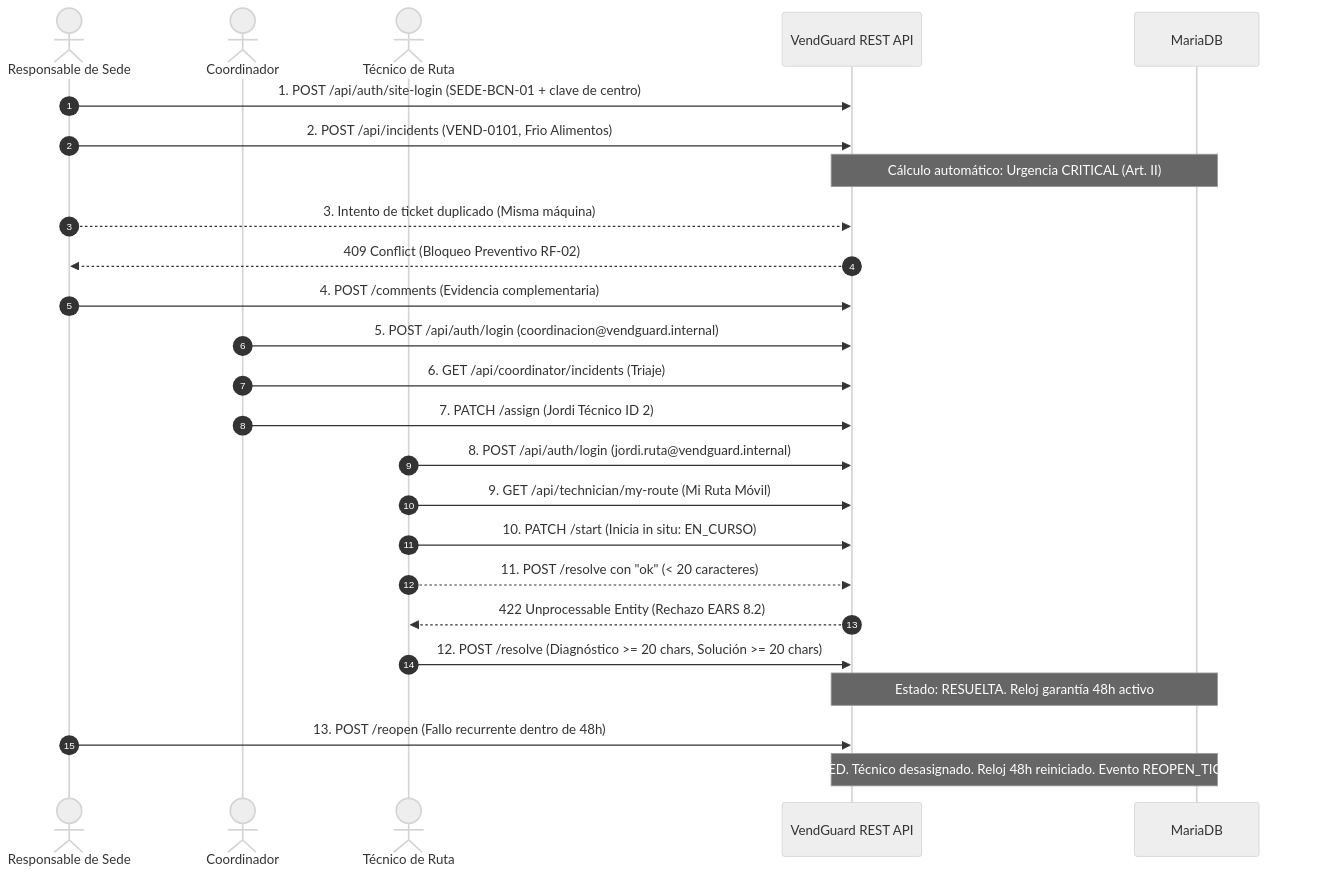
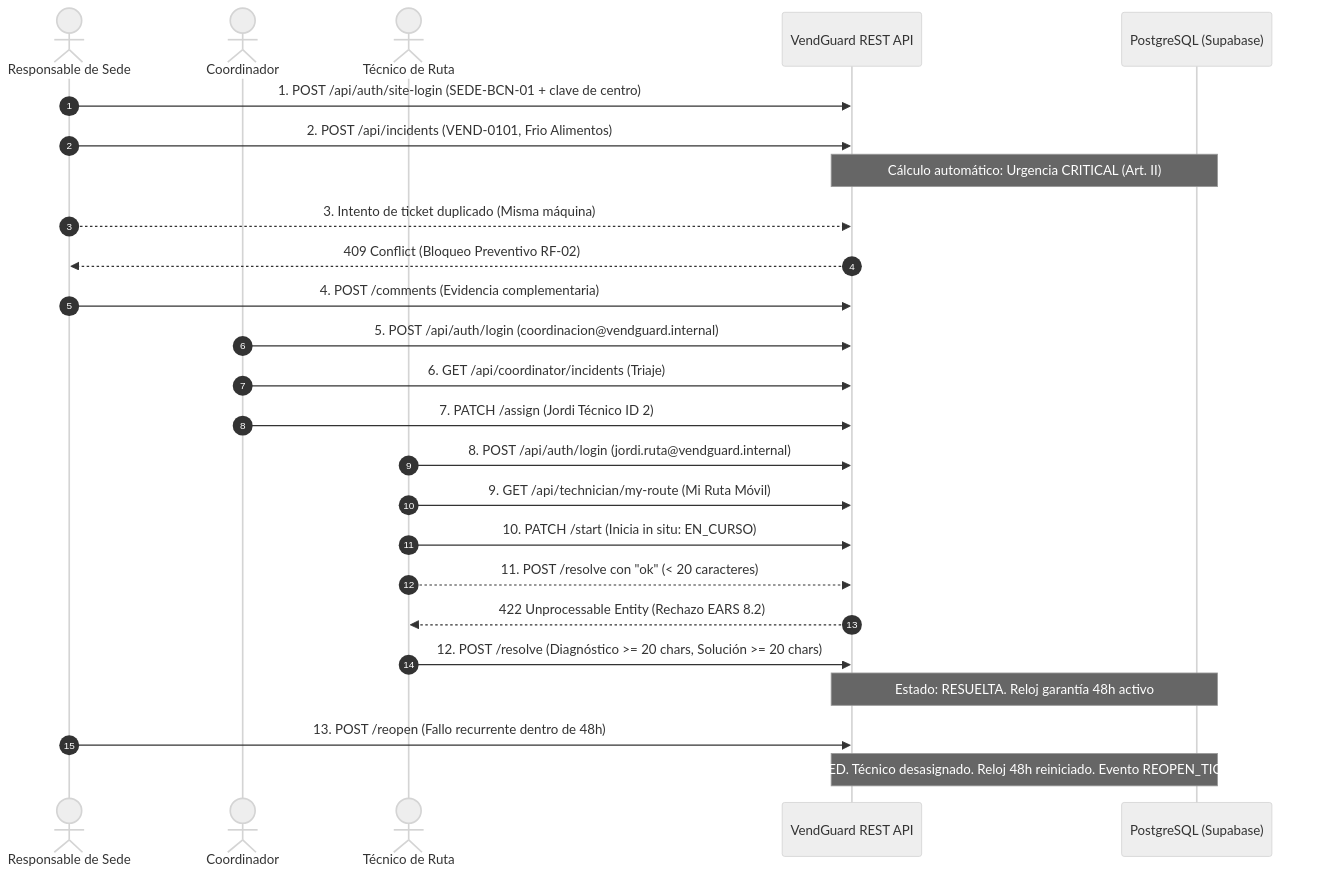
The diagram in docs/manual_e2e_verification.md (Rugsoft/VendGuard), drawn with Mermaid (neutral theme) before and after one commit. The commit also changed other lines of this file and 8 other files, not shown here.

First line of the commit message:
test(deploy): port deploy-schema parity and e2e verification to single engine [T-13-13]

````diff
--- a/docs/manual_e2e_verification.md
+++ b/docs/manual_e2e_verification.md
@@ -13,28 +13,28 @@
 ```mermaid
 sequenceDiagram
     autonumber
     actor Resp as Responsable de Sede
     actor Coord as Coordinador
     actor Tech as Técnico de Ruta
     participant API as VendGuard REST API
-    participant DB as MariaDB
+    participant DB as PostgreSQL (Supabase)
 
     Resp->>API: 1. POST /api/auth/site-login (SEDE-BCN-01 + clave de centro)
     Resp->>API: 2. POST /api/incidents (VEND-0101, Frio Alimentos)
     Note over API,DB: Cálculo automático: Urgencia CRITICAL (Art. II)
     Resp-->>API: 3. Intento de ticket duplicado (Misma máquina)
     API-->>Resp: 409 Conflict (Bloqueo Preventivo RF-02)
     Resp->>API: 4. POST /comments (Evidencia complementaria)
     Coord->>API: 5. POST /api/auth/login (coordinacion@vendguard.internal)
     Coord->>API: 6. GET /api/coordinator/incidents (Triaje)
     Coord->>API: 7. PATCH /assign (Jordi Técnico ID 2)
     Tech->>API: 8. POST /api/auth/login (jordi.ruta@vendguard.internal)
     Tech->>API: 9. GET /api/technician/my-route (Mi Ruta Móvil)
     Tech->>API: 10. PATCH /start (Inicia in situ: EN_CURSO)
     Tech-->>API: 11. POST /resolve con "ok" (< 20 caracteres)
     API-->>Tech: 422 Unprocessable Entity (Rechazo EARS 8.2)
     Tech->>API: 12. POST /resolve (Diagnóstico >= 20 chars, Solución >= 20 chars)
     Note over API,DB: Estado: RESUELTA. Reloj garantía 48h activo
     Resp->>API: 13. POST /reopen (Fallo recurrente dentro de 48h)
     Note over API,DB: Estado: REOPENED. Técnico desasignado. Reloj 48h reiniciado. Evento REOPEN_TICKET en audit_log
 ```
````
